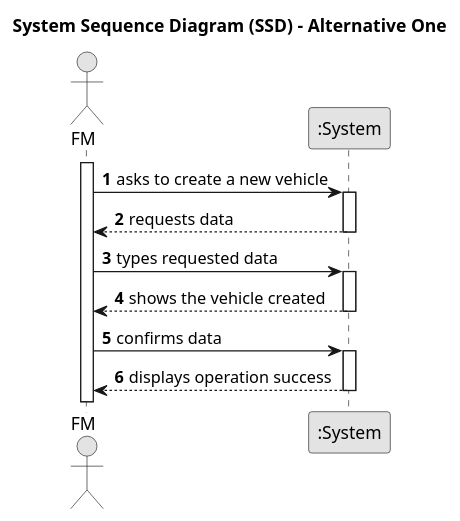
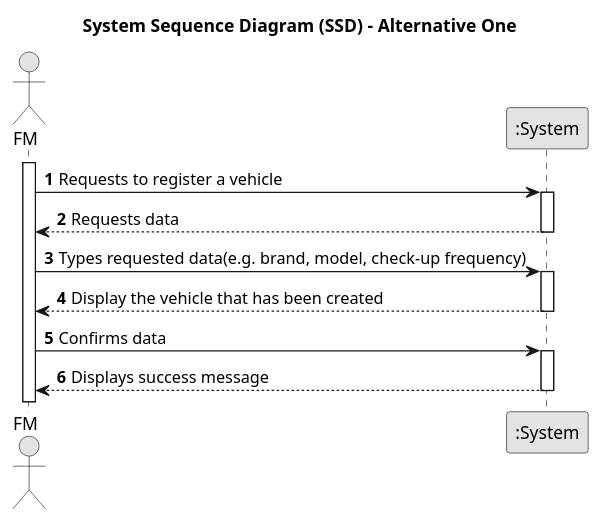
The diagram in docs/sprintA/us006/01.requirements-engineering/puml/us006-system-sequence-diagram-alternative-one.puml (Departamento-de-Engenharia-Informatica/lei-24-s2-1df-1de-g063), drawn with PlantUML before and after one commit. The commit also changed 4 other files, not shown here.

```diff
--- a/docs/sprintA/us006/01.requirements-engineering/puml/us006-system-sequence-diagram-alternative-one.puml
+++ b/docs/sprintA/us006/01.requirements-engineering/puml/us006-system-sequence-diagram-alternative-one.puml
@@ -1,35 +1,35 @@
 @startuml
 skinparam monochrome true
 skinparam packageStyle rectangle
 skinparam shadowing false
 
 title System Sequence Diagram (SSD) - Alternative One
 
 autonumber
 
 actor "FM" as Employee
 participant ":System" as System
 
 activate Employee
 
-    Employee -> System : asks to create a new vehicle
+    Employee -> System : Requests to register a vehicle
     activate System
 
-        System --> Employee : requests data
+        System --> Employee : Requests data
     deactivate System
 
-    Employee -> System : types requested data
+    Employee -> System : Types requested data(e.g. brand, model, check-up frequency)
     activate System
 
-        System --> Employee : shows the vehicle created
+        System --> Employee : Display the vehicle that has been created
     deactivate System
 
-    Employee -> System : confirms data
+    Employee -> System : Confirms data
     activate System
 
-        System --> Employee : displays operation success
+        System --> Employee : Displays success message
     deactivate System
 
 
 
 @enduml
```
